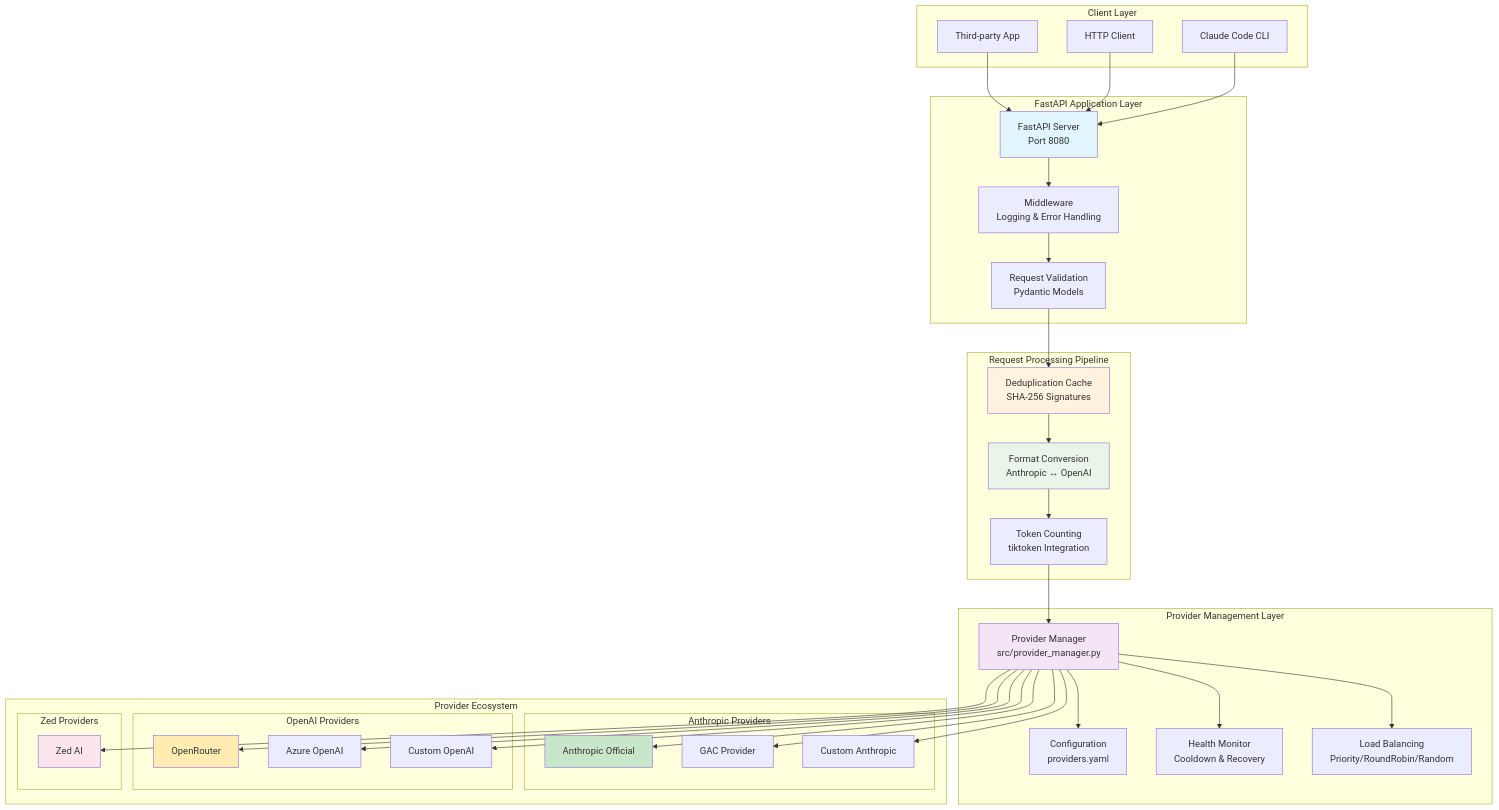
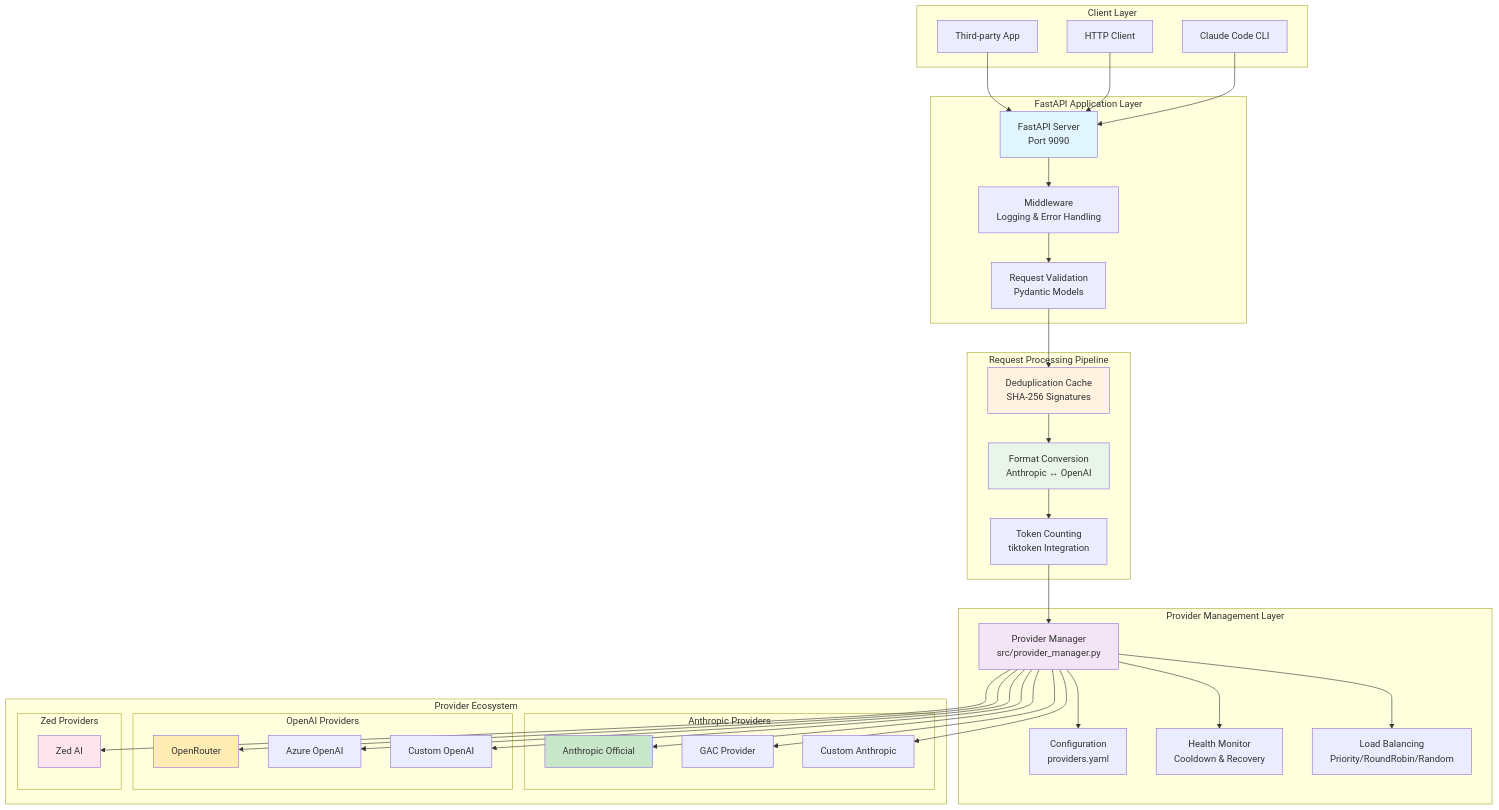
Before and after one commit to zkytech/claude-code-provider-balancer: the first of 10 diagrams in docs/architecture-diagrams.md, drawn with Mermaid. The commit also changed 23 other files, not shown here.

````diff
--- a/docs/architecture-diagrams.md
+++ b/docs/architecture-diagrams.md
@@ -5,74 +5,74 @@
 ```mermaid
 graph TB
     subgraph "Client Layer"
         C1[Claude Code CLI]
         C2[HTTP Client]
         C3[Third-party App]
     end
     
     subgraph "FastAPI Application Layer"
-        LB[FastAPI Server<br/>Port 8080]
+        LB[FastAPI Server<br/>Port 9090]
         MW[Middleware<br/>Logging & Error Handling]
         RV[Request Validation<br/>Pydantic Models]
     end
     
     subgraph "Request Processing Pipeline"
         DD[Deduplication Cache<br/>SHA-256 Signatures]
         FC[Format Conversion<br/>Anthropic ↔ OpenAI]
         TC[Token Counting<br/>tiktoken Integration]
     end
     
     subgraph "Provider Management Layer"
         PM[Provider Manager<br/>src/provider_manager.py]
         PC[Configuration<br/>providers.yaml]
         HM[Health Monitor<br/>Cooldown & Recovery]
         LBS[Load Balancing<br/>Priority/RoundRobin/Random]
     end
     
     subgraph "Provider Ecosystem"
         subgraph "Anthropic Providers"
             P1[Anthropic Official]
             P2[GAC Provider]
             P3[Custom Anthropic]
         end
         subgraph "OpenAI Providers"
             P4[OpenRouter]
             P5[Azure OpenAI]
             P6[Custom OpenAI]
         end
         subgraph "Zed Providers"
             P7[Zed AI]
         end
     end
     
     C1 --> LB
     C2 --> LB
     C3 --> LB
     
     LB --> MW
     MW --> RV
     RV --> DD
     DD --> FC
     FC --> TC
     TC --> PM
     
     PM --> PC
     PM --> HM
     PM --> LBS
     
     PM --> P1
     PM --> P2
     PM --> P3
     PM --> P4
     PM --> P5
     PM --> P6
     PM --> P7
     
     style LB fill:#e1f5fe
     style PM fill:#f3e5f5
     style DD fill:#fff3e0
     style FC fill:#e8f5e8
     style P1 fill:#c8e6c9
     style P4 fill:#ffecb3
     style P7 fill:#fce4ec
 ```
````
